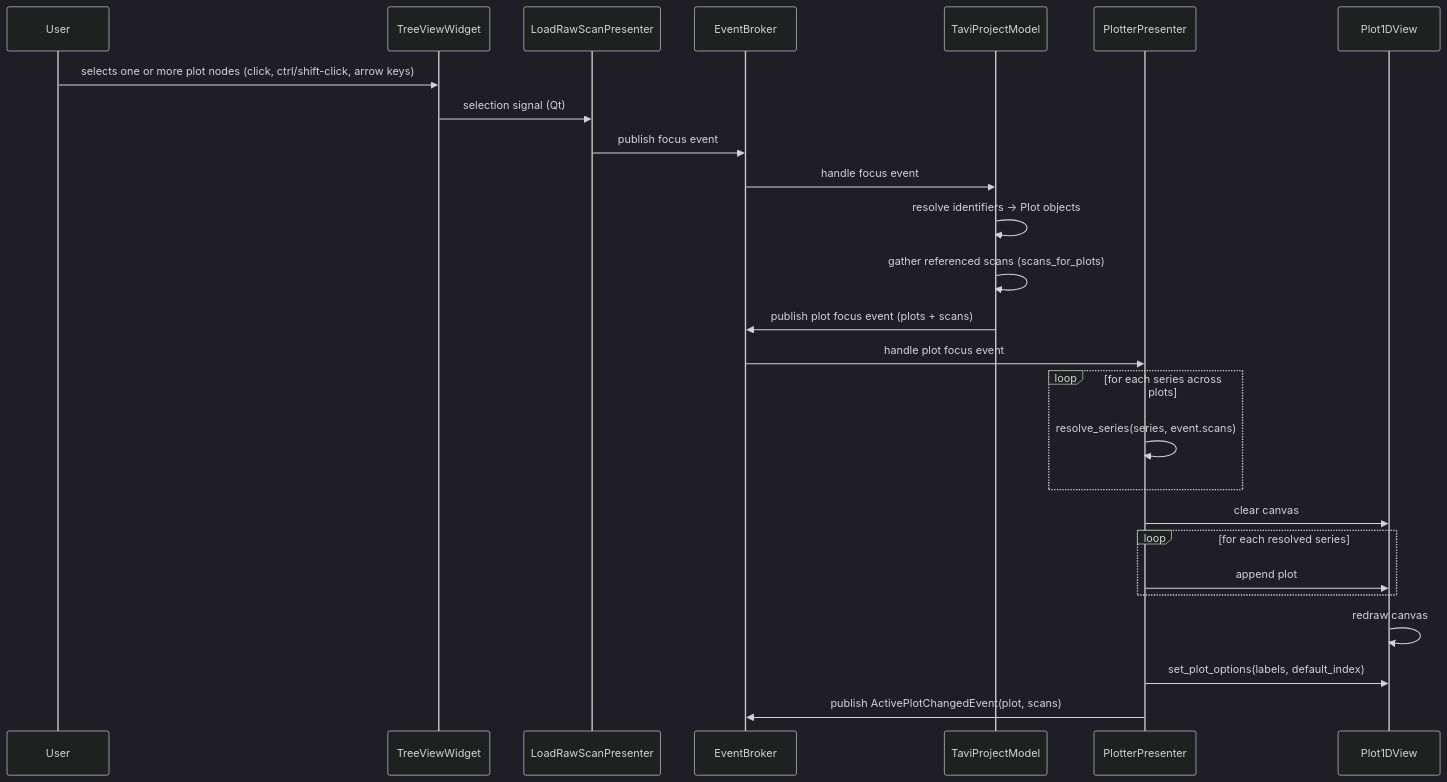
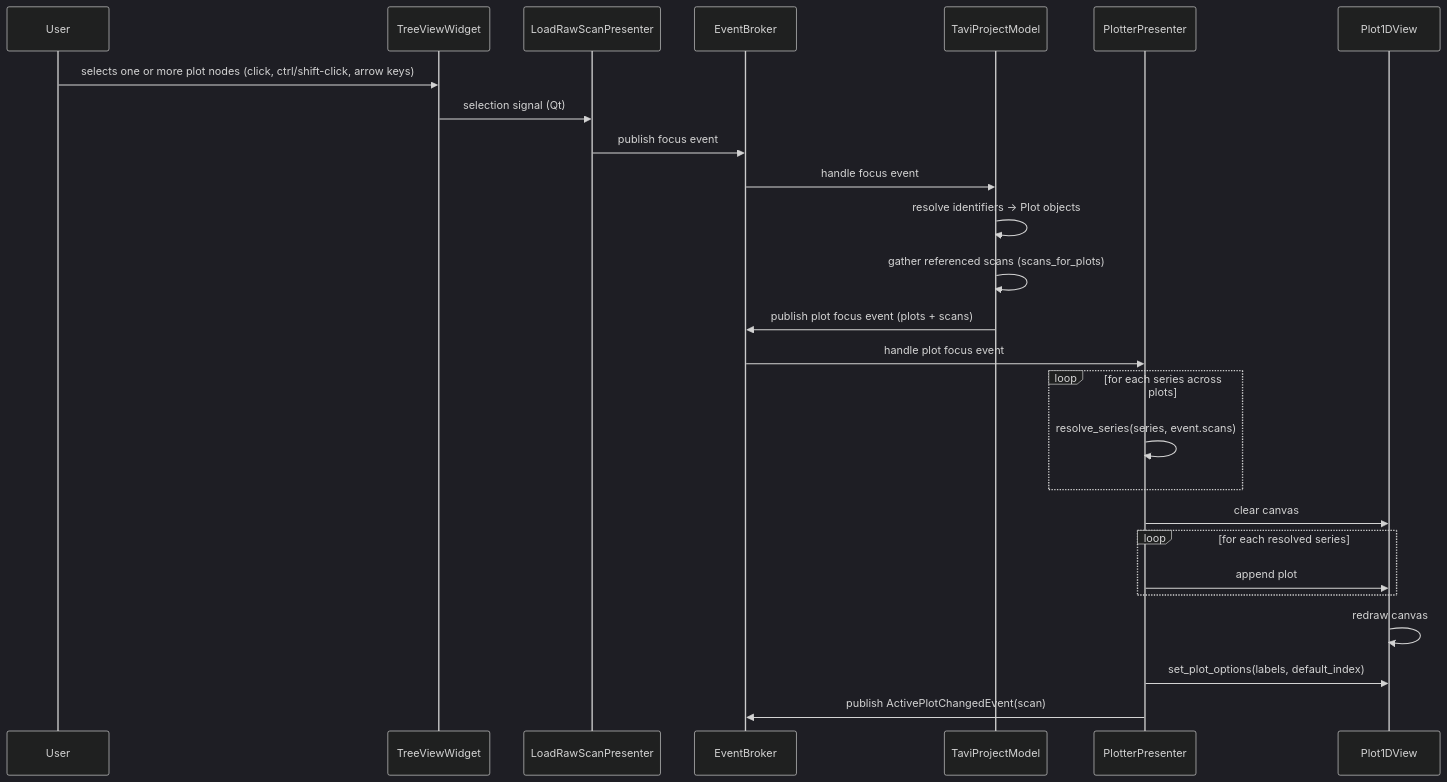
Before and after one commit to neutrons/TAVI: the second of 4 diagrams in docs/source/design/frontend/visualization_flow.rst, drawn with Mermaid (dark theme). The commit also changed other lines of this file and 11 other files, not shown here.

```diff
--- a/docs/source/design/frontend/visualization_flow.rst
+++ b/docs/source/design/frontend/visualization_flow.rst
@@ -109,31 +110,31 @@
 .. mermaid::
 
     sequenceDiagram
         participant User
         participant TreeViewWidget
         participant LoadRawScanPresenter
         participant EventBroker
         participant TaviProjectModel
         participant PlotterPresenter
         participant Plot1DView
 
         User ->> TreeViewWidget: selects one or more plot nodes (click, ctrl/shift-click, arrow keys)
         TreeViewWidget ->> LoadRawScanPresenter: selection signal (Qt)
         LoadRawScanPresenter ->> EventBroker: publish focus event
 
         EventBroker ->> TaviProjectModel: handle focus event
         TaviProjectModel ->> TaviProjectModel: resolve identifiers → Plot objects
         TaviProjectModel ->> TaviProjectModel: gather referenced scans (scans_for_plots)
         TaviProjectModel ->> EventBroker: publish plot focus event (plots + scans)
 
         EventBroker ->> PlotterPresenter: handle plot focus event
         loop for each series across plots
             PlotterPresenter ->> PlotterPresenter: resolve_series(series, event.scans)
         end
         PlotterPresenter ->> Plot1DView: clear canvas
         loop for each resolved series
             PlotterPresenter ->> Plot1DView: append plot
         end
         Plot1DView ->> Plot1DView: redraw canvas
         PlotterPresenter ->> Plot1DView: set_plot_options(labels, default_index)
-        PlotterPresenter ->> EventBroker: publish ActivePlotChangedEvent(plot, scans)
+        PlotterPresenter ->> EventBroker: publish ActivePlotChangedEvent(scan)
```
